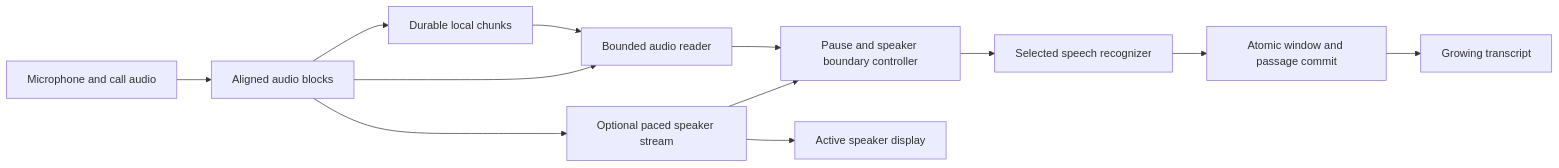
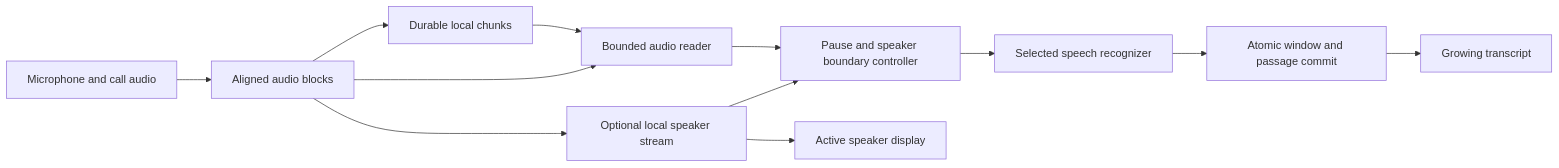
Before and after one commit to MajesteitBart/ownkey-windows: the diagram in docs/MEETINGS_LIVE_PLAN.md, drawn with Mermaid. The commit also changed other lines of this file and 26 other files, not shown here.

````diff
--- a/docs/MEETINGS_LIVE_PLAN.md
+++ b/docs/MEETINGS_LIVE_PLAN.md
@@ -19,14 +19,14 @@
 ```mermaid
 flowchart LR
     A[Microphone and call audio] --> B[Aligned audio blocks]
     B --> C[Durable local chunks]
-    B --> D[Optional paced speaker stream]
+    B --> D[Optional local speaker stream]
     C --> E[Bounded audio reader]
     B --> E
     E --> F[Pause and speaker boundary controller]
     D --> F
     D --> G[Active speaker display]
     F --> H[Selected speech recognizer]
     H --> I[Atomic window and passage commit]
     I --> J[Growing transcript]
 ```
````
